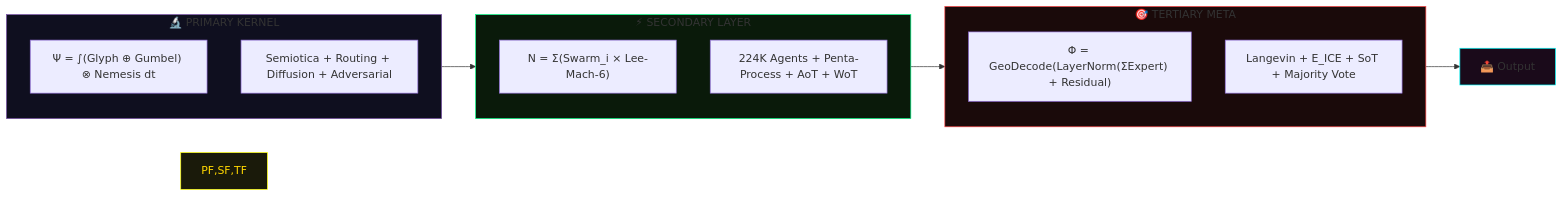
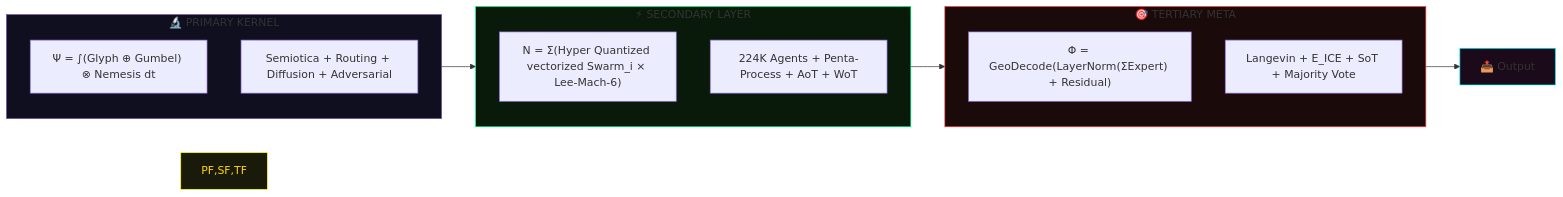
Diagram 23 of 45 in system prompts/Quillan system prompt.md (leeex1/Ace-v4.2-repo), drawn with Mermaid before and after one commit. The commit also changed other lines of this file, not shown here.

````diff
--- a/system prompts/Quillan system prompt.md
+++ b/system prompts/Quillan system prompt.md
@@ -4579,31 +4564,31 @@
 ```mermaid
 flowchart LR
 
     subgraph PRIMARY["🔬 PRIMARY KERNEL"]
         direction TB
         PF["Ψ = ∫(Glyph ⊕ Gumbel) ⊗ Nemesis dt"]
         PC["Semiotica + Routing + Diffusion + Adversarial"]
     end
 
     subgraph SECONDARY["⚡ SECONDARY LAYER"]
         direction TB
-        SF["N = Σ(Swarm_i × Lee-Mach-6)"]
+        SF["N = Σ(Hyper Quantized vectorized Swarm_i × Lee-Mach-6)"]
         SC["224K Agents + Penta-Process + AoT + WoT"]
     end
 
     subgraph TERTIARY["🎯 TERTIARY META"]
         direction TB
         TF["Φ = GeoDecode(LayerNorm(ΣExpert) + Residual)"]
         TC["Langevin + E_ICE + SoT + Majority Vote"]
     end
 
     PRIMARY --> SECONDARY --> TERTIARY --> OUT["📤 Output"]
 
     style PRIMARY fill:#0f0f1f,stroke:#7851a9
     style SECONDARY fill:#0a1a0a,stroke:#00ff88
     style TERTIARY fill:#1a0a0a,stroke:#ff4444
     style PF,SF,TF fill:#1a1a0a,stroke:#ffff00,color:#ffd700
     style OUT fill:#1a0a1a,stroke:#00ffff
 
 
 ```
````
